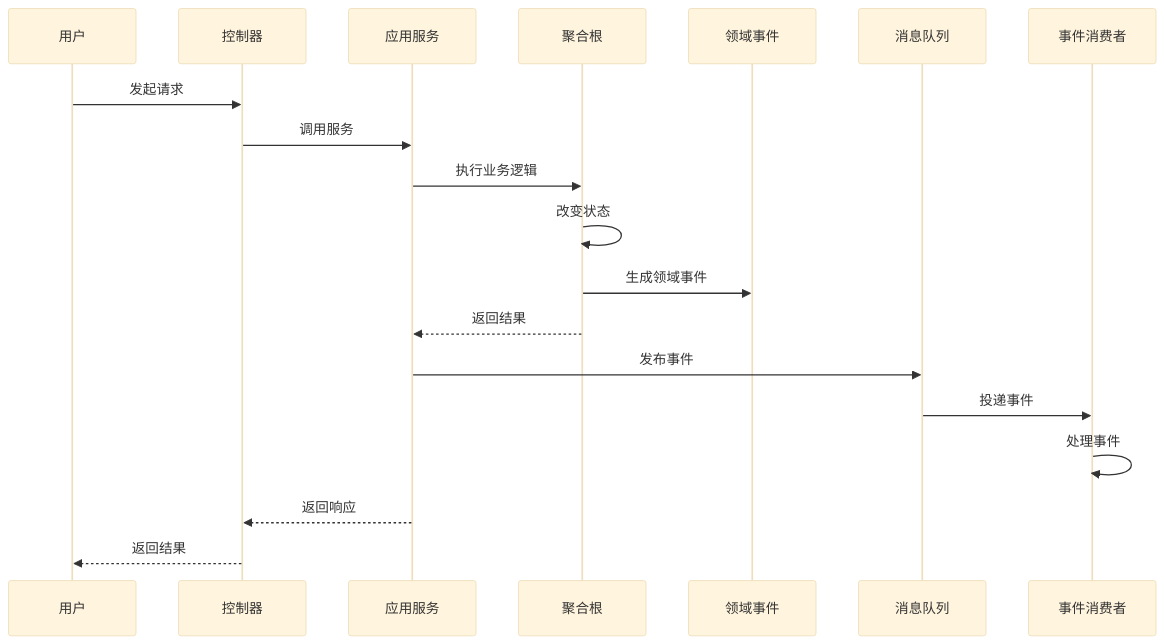
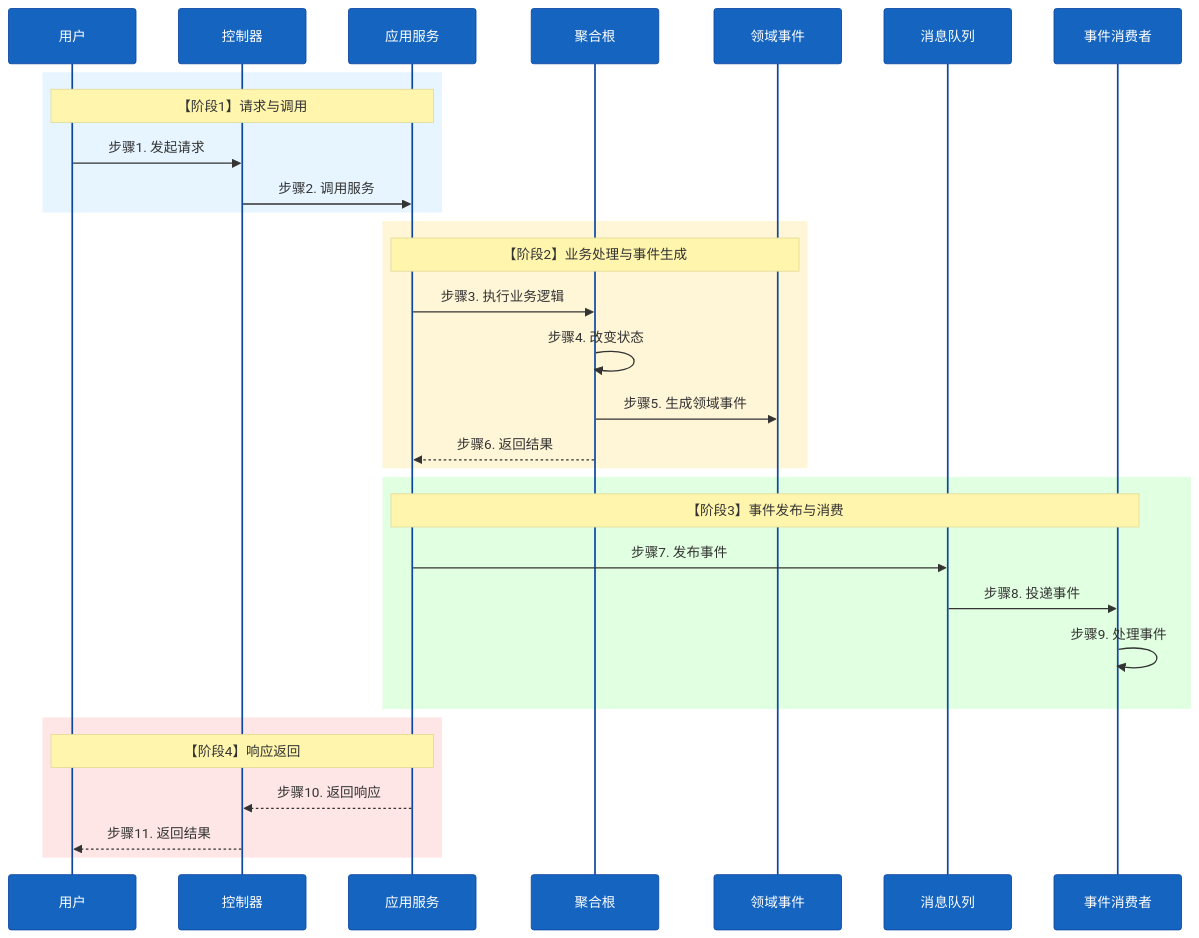
Before and after one commit to microwind/design-patterns: diagram 18 of 29 in domain-driven-design/一文搞懂DDD领域驱动设计.md, drawn with Mermaid. The commit also changed other lines of this file, not shown here.

````diff
--- a/domain-driven-design/一文搞懂DDD领域驱动设计.md
+++ b/domain-driven-design/一文搞懂DDD领域驱动设计.md
@@ -609,23 +888,47 @@
 ```mermaid
-%%{init: {'theme': 'base', 'themeVariables': { 'sectionBkgColor': '#E3F2FD', 'altSectionBkgColor': '#BBDEFB', 'gridColor': '#90CAF9'}}}%%
+%%{init: {'theme': 'base', 'themeVariables': {
+    'actorBkg': '#1565C0',
+    'actorBorder': '#0D47A1',
+    'actorTextColor': '#FFFFFF',
+    'noteBkg': '#E3F2FD',
+    'noteBorder': '#90CAF9',
+    'actorFontSize': '18px',
+    'noteFontSize': '18px',
+    'messageFontSize': '18px'
+}}}%%
 sequenceDiagram
     participant User as 用户
     participant Controller as 控制器
     participant Service as 应用服务
     participant Aggregate as 聚合根
     participant Event as 领域事件
     participant MQ as 消息队列
     participant Consumer as 事件消费者
-    
-    User->>Controller: 发起请求
-    Controller->>Service: 调用服务
-    Service->>Aggregate: 执行业务逻辑
-    Aggregate->>Aggregate: 改变状态
-    Aggregate->>Event: 生成领域事件
-    Aggregate-->>Service: 返回结果
-    Service->>MQ: 发布事件
-    MQ->>Consumer: 投递事件
-    Consumer->>Consumer: 处理事件
-    Service-->>Controller: 返回响应
-    Controller-->>User: 返回结果
+
+    rect rgb(230, 245, 255)   # 浅蓝：请求与调用阶段
+    Note over User,Service: 【阶段1】请求与调用
+    User->>Controller: 步骤1. 发起请求
+    Controller->>Service: 步骤2. 调用服务
+    end
+
+    rect rgb(255, 245, 215)   # 米黄：业务处理与事件生成
+    Note over Service,Event: 【阶段2】业务处理与事件生成
+    Service->>Aggregate: 步骤3. 执行业务逻辑
+    Aggregate->>Aggregate: 步骤4. 改变状态
+    Aggregate->>Event: 步骤5. 生成领域事件
+    Aggregate-->>Service: 步骤6. 返回结果
+    end
+
+    rect rgb(225, 255, 225)   # 浅绿：事件发布与消费
+    Note over Service,Consumer: 【阶段3】事件发布与消费
+    Service->>MQ: 步骤7. 发布事件
+    MQ->>Consumer: 步骤8. 投递事件
+    Consumer->>Consumer: 步骤9. 处理事件
+    end
+
+    rect rgb(255, 230, 230)   # 浅红：响应返回
+    Note over Service,User: 【阶段4】响应返回
+    Service-->>Controller: 步骤10. 返回响应
+    Controller-->>User: 步骤11. 返回结果
+    end
 ```
````
